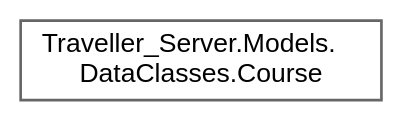
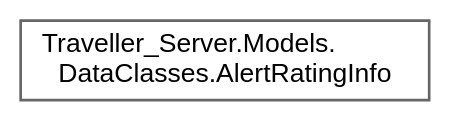
The diagram in Servidor/inherit_graph_33.dot (VenelinArgirov/manual-tecnico.github.io), drawn with Graphviz before and after one commit. The commit also changed 1719 other files, not shown here.

```diff
--- a/Servidor/inherit_graph_33.dot
+++ b/Servidor/inherit_graph_33.dot
@@ -1,9 +1,9 @@
 digraph "Graphical Class Hierarchy"
 {
  // LATEX_PDF_SIZE
   bgcolor="transparent";
   edge [fontname=Helvetica,fontsize=10,labelfontname=Helvetica,labelfontsize=10];
   node [fontname=Helvetica,fontsize=10,shape=box,height=0.2,width=0.4];
   rankdir="LR";
-  Node0 [label="Traveller_Server.Models.\lDataClasses.Course",height=0.2,width=0.4,color="grey40", fillcolor="white", style="filled",URL="$class_traveller___server_1_1_models_1_1_data_classes_1_1_course.html",tooltip="Data class of a course. Represents the course which a user will take to reach it's destination from i..."];
+  Node0 [label="Traveller_Server.Models.\lDataClasses.AlertRatingInfo",height=0.2,width=0.4,color="grey40", fillcolor="white", style="filled",URL="$class_traveller___server_1_1_models_1_1_data_classes_1_1_alert_rating_info.html",tooltip="Class used as an interface to communicate with the front-end to get info related to rating an alert."];
 }
```
